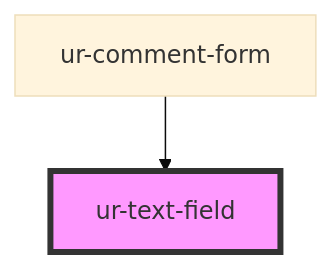
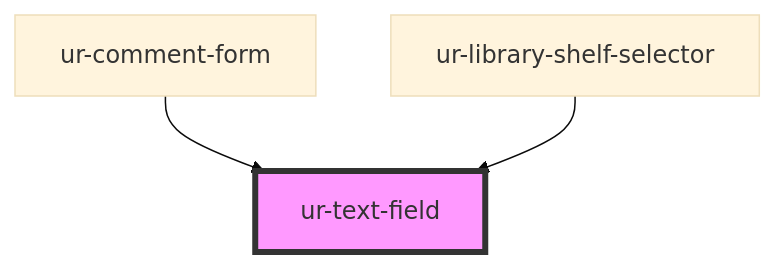
Before and after one commit to hellish/urnovl-web-components: the diagram in src/components/ur-text-field/readme.md, drawn with Mermaid (base theme). The commit also changed other lines of this file and 27 other files, not shown here.

````diff
--- a/src/components/ur-text-field/readme.md
+++ b/src/components/ur-text-field/readme.md
@@ -52,5 +53,6 @@
 ```mermaid
 graph TD;
   ur-comment-form --> ur-text-field
+  ur-library-shelf-selector --> ur-text-field
   style ur-text-field fill:#f9f,stroke:#333,stroke-width:4px
 ```
````
